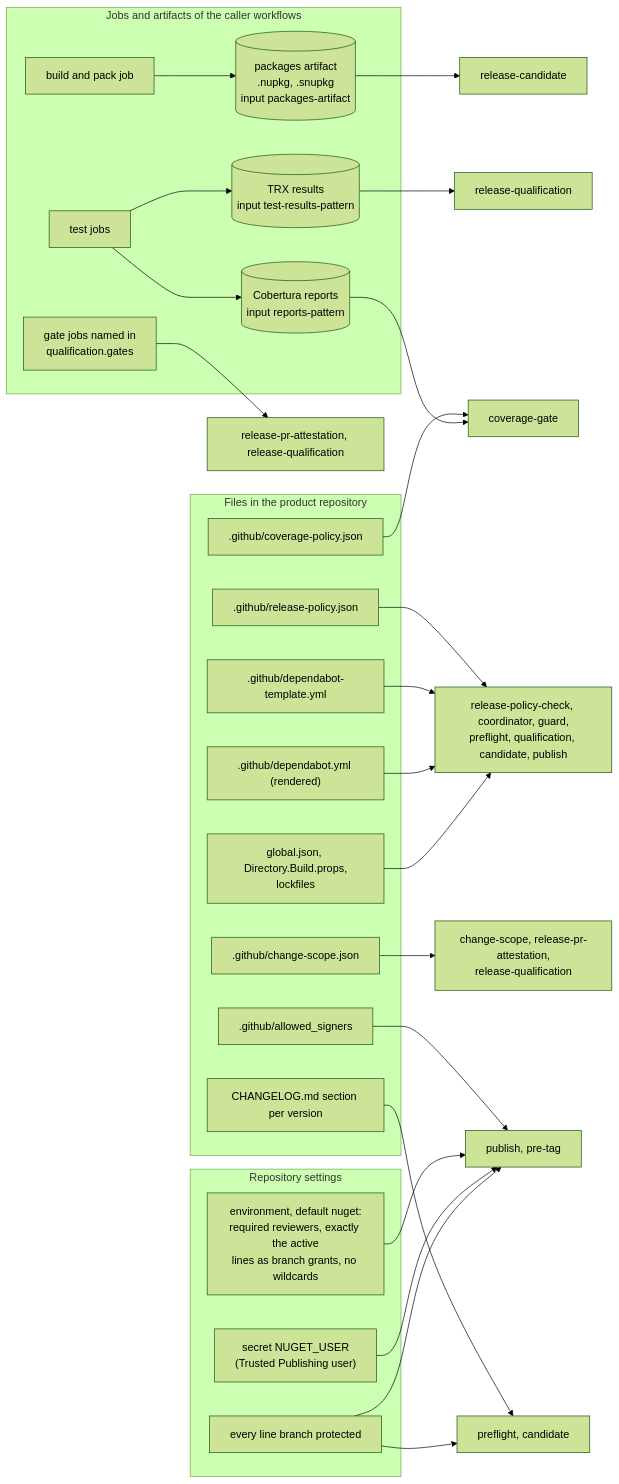
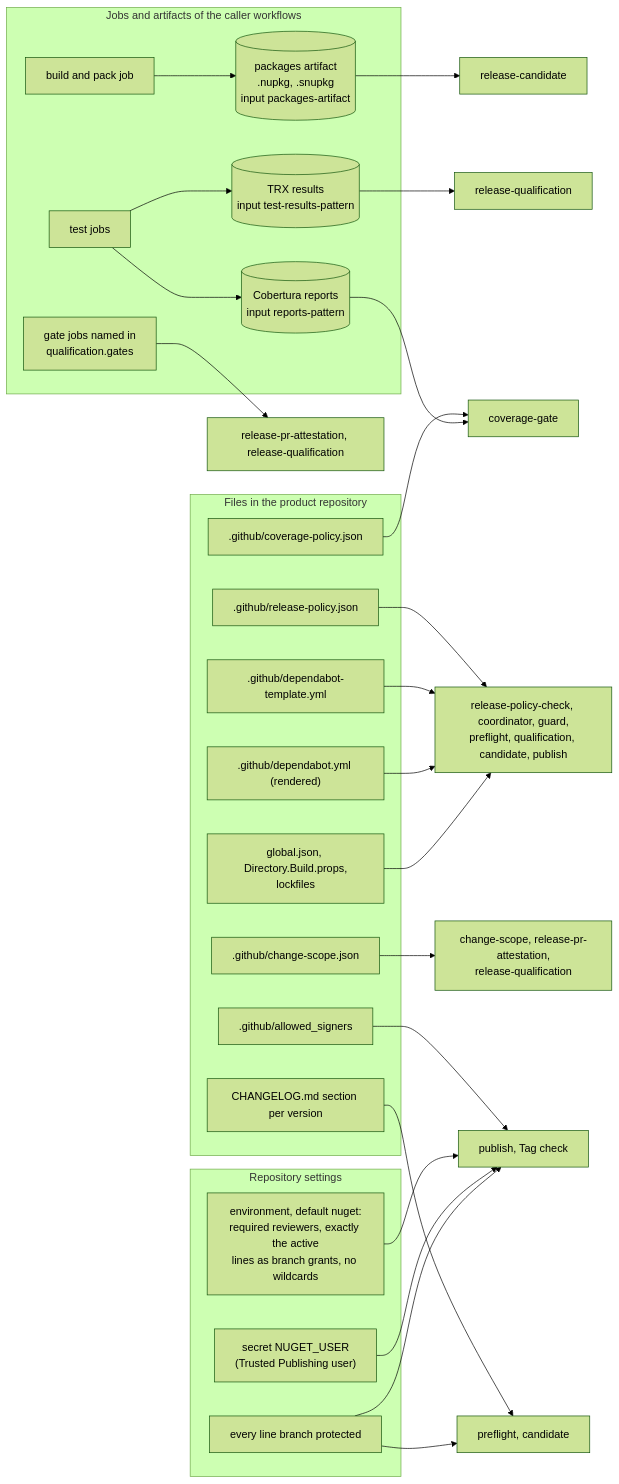
Before and after one commit to doka-labs/workflows: the second of 19 diagrams in docs/overview.md, drawn with Mermaid (forest theme). The commit also changed other lines of this file and 30 other files, not shown here.

````diff
--- a/docs/overview.md
+++ b/docs/overview.md
@@ -65,41 +65,41 @@
 ```mermaid
 flowchart LR
   subgraph files["Files in the product repository"]
     rp[".github/release-policy.json"]
     cp[".github/coverage-policy.json"]
     cs[".github/change-scope.json"]
     dt[".github/dependabot-template.yml"]
     dy[".github/dependabot.yml (rendered)"]
     as[".github/allowed_signers"]
     cl["CHANGELOG.md section per version"]
     gj["global.json, Directory.Build.props,<br/>lockfiles"]
   end
 
   subgraph jobs["Jobs and artifacts of the caller workflows"]
     build["build and pack job"] --> pa[("packages artifact<br/>.nupkg, .snupkg<br/>input packages-artifact")]
     tests["test jobs"] --> trx[("TRX results<br/>input test-results-pattern")]
     tests --> cob[("Cobertura reports<br/>input reports-pattern")]
     gate["gate jobs named in<br/>qualification.gates"]
   end
 
   subgraph settings["Repository settings"]
     env["environment, default nuget:<br/>required reviewers, exactly the active<br/>lines as branch grants, no wildcards"]
     sec["secret NUGET_USER<br/>(Trusted Publishing user)"]
     rs["every line branch protected"]
   end
 
   rp --> check2["release-policy-check, coordinator, guard,<br/>preflight, qualification, candidate, publish"]
   cp --> cov2["coverage-gate"]
   cs --> sc2["change-scope, release-pr-attestation,<br/>release-qualification"]
   dt & dy --> check2
-  as --> pub2["publish, pre-tag"]
+  as --> pub2["publish, Tag check"]
   cl --> pre2["preflight, candidate"]
   gj --> check2
   pa --> cand2["release-candidate"]
   trx --> qual2["release-qualification"]
   cob --> cov2
   gate --> prat2["release-pr-attestation, release-qualification"]
   env & sec --> pub2
   rs --> pub2
   rs --> pre2
 ```
````
